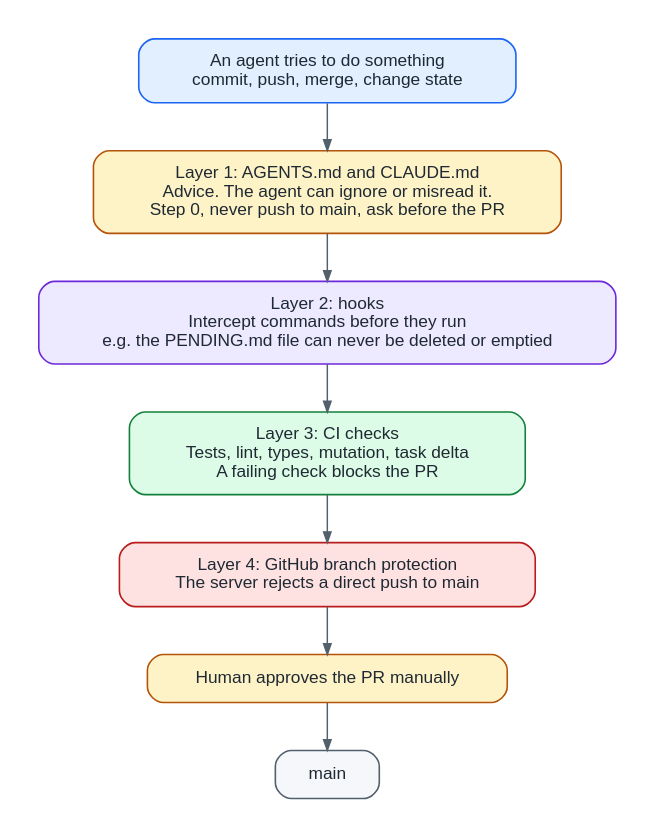
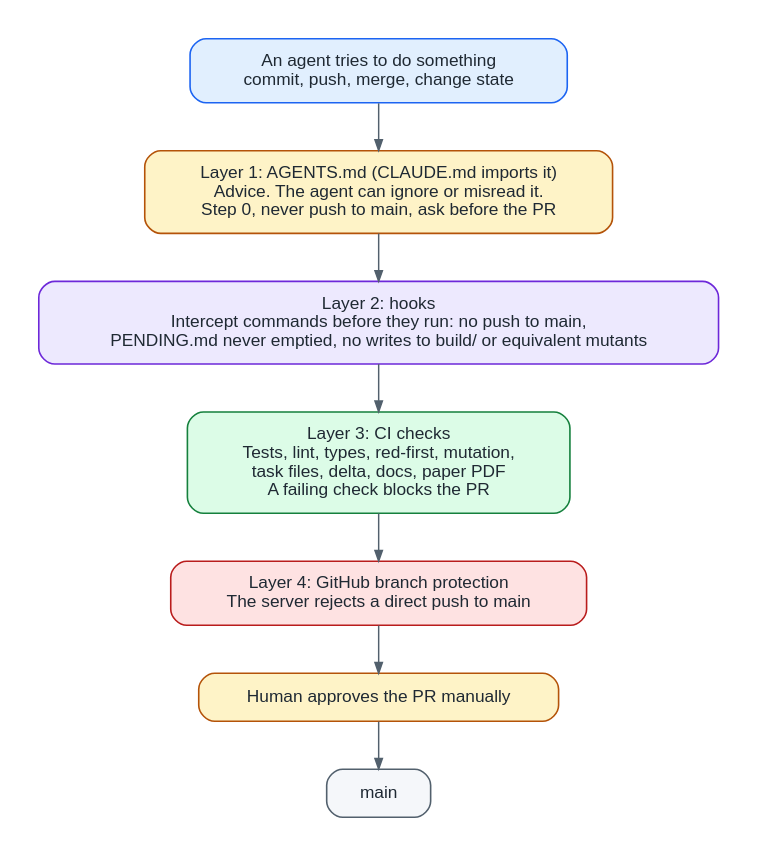
The diagram in docs/diagrams/06-control-layers.dot (agustindiazcano/afaw-anti-fragile-agentic-workflow), drawn with Graphviz before and after one commit. The commit also changed 7 other files, not shown here.

```diff
--- a/docs/diagrams/06-control-layers.dot
+++ b/docs/diagrams/06-control-layers.dot
@@ -1,28 +1,28 @@
 digraph control_layers {
   graph [fontname="Helvetica", fontsize=13, bgcolor="white", pad=0.3, nodesep=0.5, ranksep=0.5, splines=true, rankdir=TB];
   node  [shape=box, style="rounded,filled", fontname="Helvetica", fontsize=13, color="#52606d", fillcolor="#f5f7fa", fontcolor="#1f2933", penwidth=1.2, margin="0.3,0.14"];
   edge  [fontname="Helvetica", fontsize=11, color="#52606d", fontcolor="#3e4c59", arrowsize=0.8, penwidth=1.1];
 
   node [fillcolor="#e1effe", color="#1c64f2"];
   act [label="An agent tries to do something\ncommit, push, merge, change state"];
 
   node [fillcolor="#fef3c7", color="#b45309"];
-  l1  [label="Layer 1: AGENTS.md and CLAUDE.md\nAdvice. The agent can ignore or misread it.\nStep 0, never push to main, ask before the PR"];
+  l1  [label="Layer 1: AGENTS.md (CLAUDE.md imports it)\nAdvice. The agent can ignore or misread it.\nStep 0, never push to main, ask before the PR"];
 
   node [fillcolor="#ede9fe", color="#6d28d9"];
-  l2  [label="Layer 2: hooks\nIntercept commands before they run\ne.g. the PENDING.md file can never be deleted or emptied"];
+  l2  [label="Layer 2: hooks\nIntercept commands before they run: no push to main,\nPENDING.md never emptied, no writes to build/ or equivalent mutants"];
 
   node [fillcolor="#dcfce7", color="#15803d"];
-  l3  [label="Layer 3: CI checks\nTests, lint, types, mutation, task delta\nA failing check blocks the PR"];
+  l3  [label="Layer 3: CI checks\nTests, lint, types, red-first, mutation,\ntask files, delta, docs, paper PDF\nA failing check blocks the PR"];
 
   node [fillcolor="#fee2e2", color="#b91c1c"];
   l4  [label="Layer 4: GitHub branch protection\nThe server rejects a direct push to main"];
 
   node [fillcolor="#fef3c7", color="#b45309"];
   hum [label="Human approves the PR manually"];
 
   node [fillcolor="#f5f7fa", color="#52606d"];
   main [label="main"];
 
   act -> l1 -> l2 -> l3 -> l4 -> hum -> main;
 }
```
